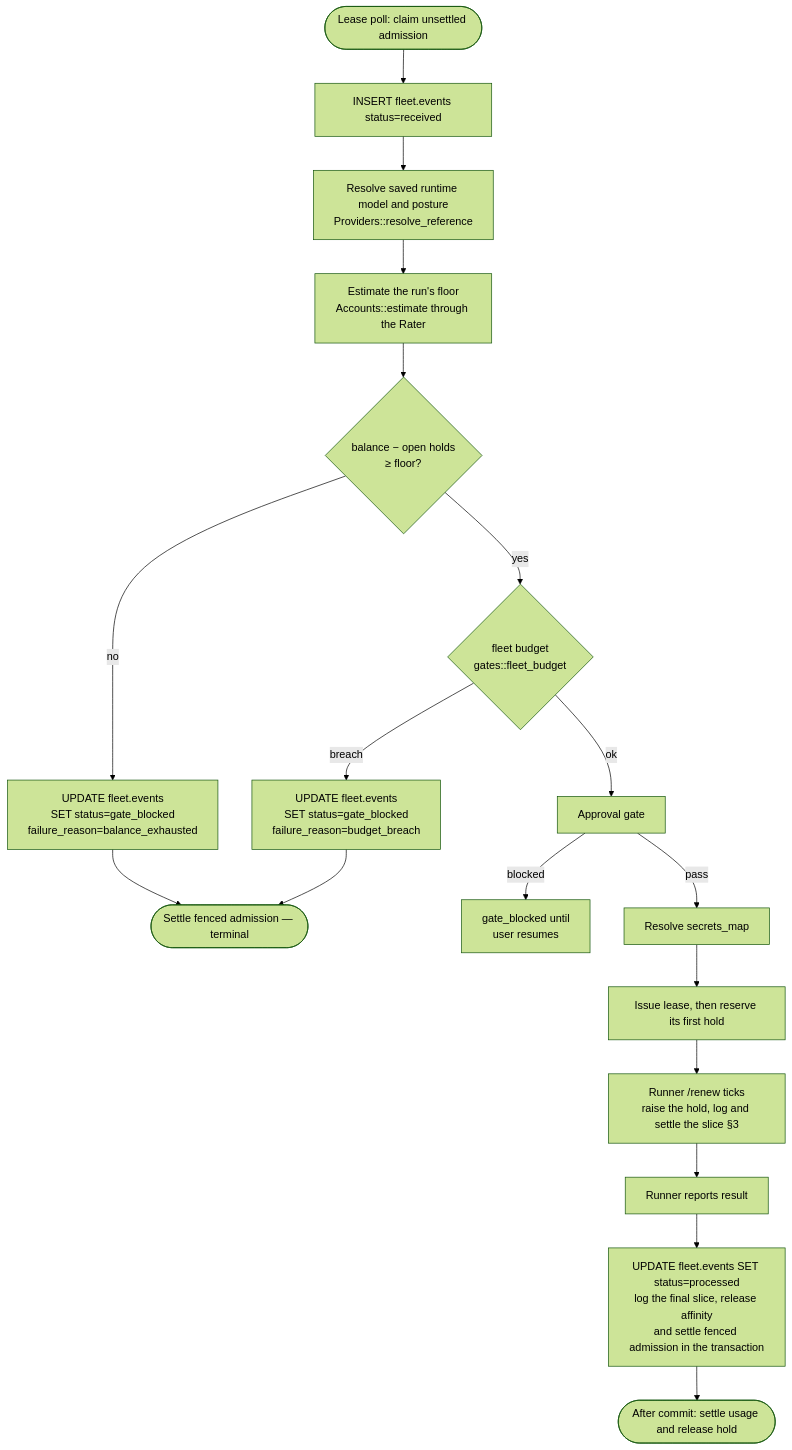
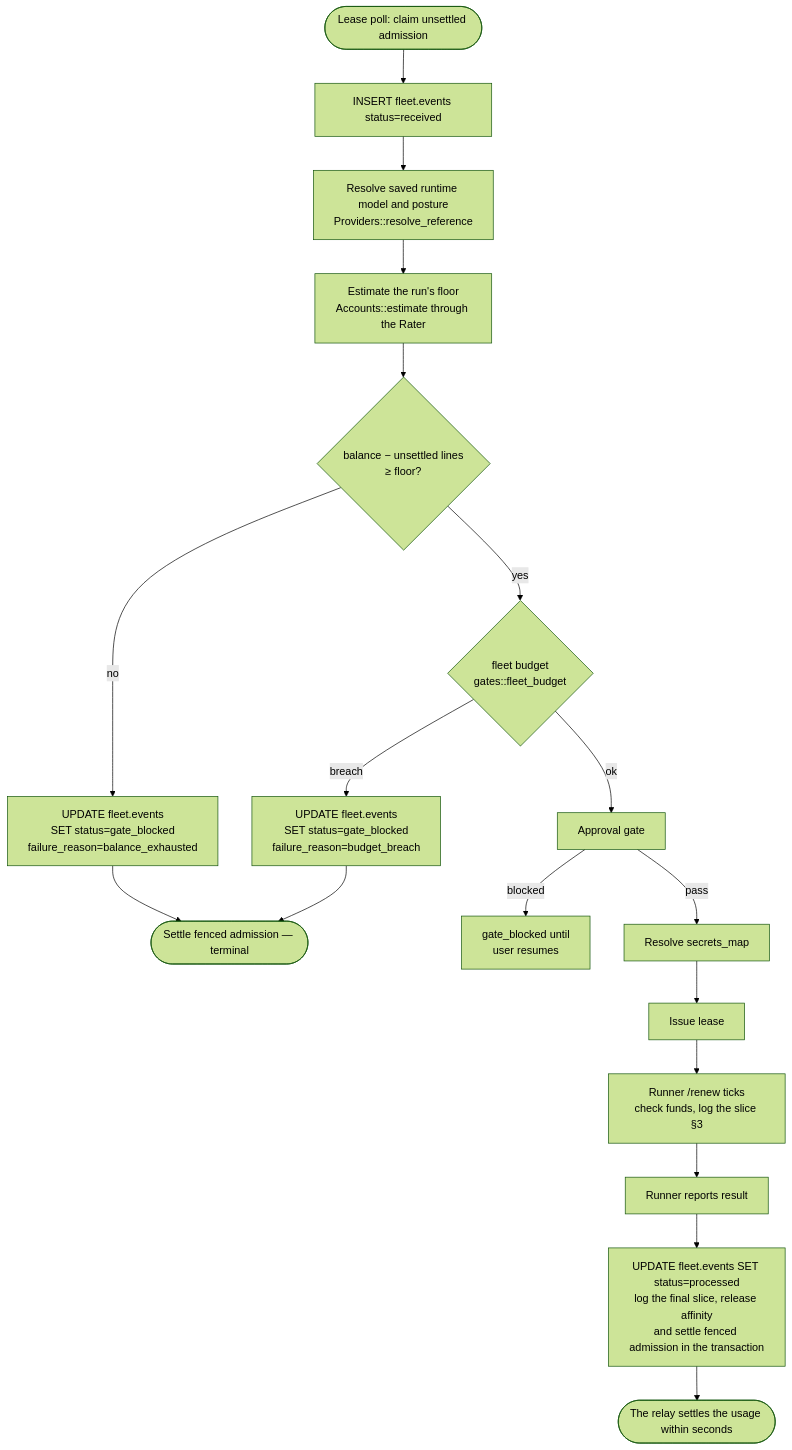
The diagram in docs/architecture/billing_and_provider_keys.md (agentsfleet/agentsfleet), drawn with Mermaid (forest theme) before and after one commit. The commit also changed other lines of this file and 92 other files, not shown here.

````diff
--- a/docs/architecture/billing_and_provider_keys.md
+++ b/docs/architecture/billing_and_provider_keys.md
@@ -308,20 +309,20 @@
 ```mermaid
 flowchart TD
     A([Lease poll: claim unsettled admission]) --> B[INSERT fleet.events status=received]
     B --> C[Resolve saved runtime model and posture<br/>Providers::resolve_reference]
     C --> D[Estimate the run's floor<br/>Accounts::estimate through the Rater]
-    D --> E{balance − open holds<br/>≥ floor?}
+    D --> E{balance − unsettled lines<br/>≥ floor?}
     E -->|no| Block[UPDATE fleet.events<br/>SET status=gate_blocked<br/>failure_reason=balance_exhausted]
     Block --> X1([Settle fenced admission — terminal])
     E -->|yes| BG{fleet budget<br/>gates::fleet_budget}
     BG -->|breach| BB[UPDATE fleet.events<br/>SET status=gate_blocked<br/>failure_reason=budget_breach]
     BB --> X1
     BG -->|ok| G[Approval gate]
     G -->|blocked| Wait[gate_blocked until<br/>user resumes]
     G -->|pass| H[Resolve secrets_map]
-    H --> J[Issue lease, then reserve its first hold]
-    J --> Renew[Runner /renew ticks<br/>raise the hold, log and settle the slice §3]
+    H --> J[Issue lease]
+    J --> Renew[Runner /renew ticks<br/>check funds, log the slice §3]
     Renew --> K[Runner reports result]
     K --> L[UPDATE fleet.events SET status=processed<br/>log the final slice, release affinity<br/>and settle fenced admission in the transaction]
-    L --> X2([After commit: settle usage and release hold])
+    L --> X2([The relay settles the usage within seconds])
 ```
````
